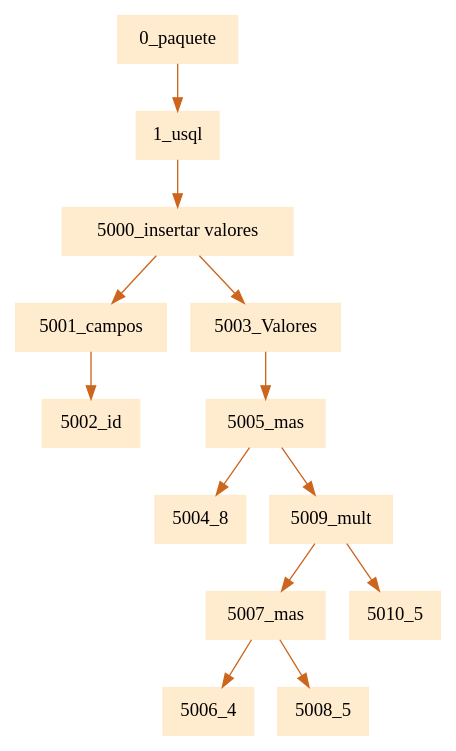
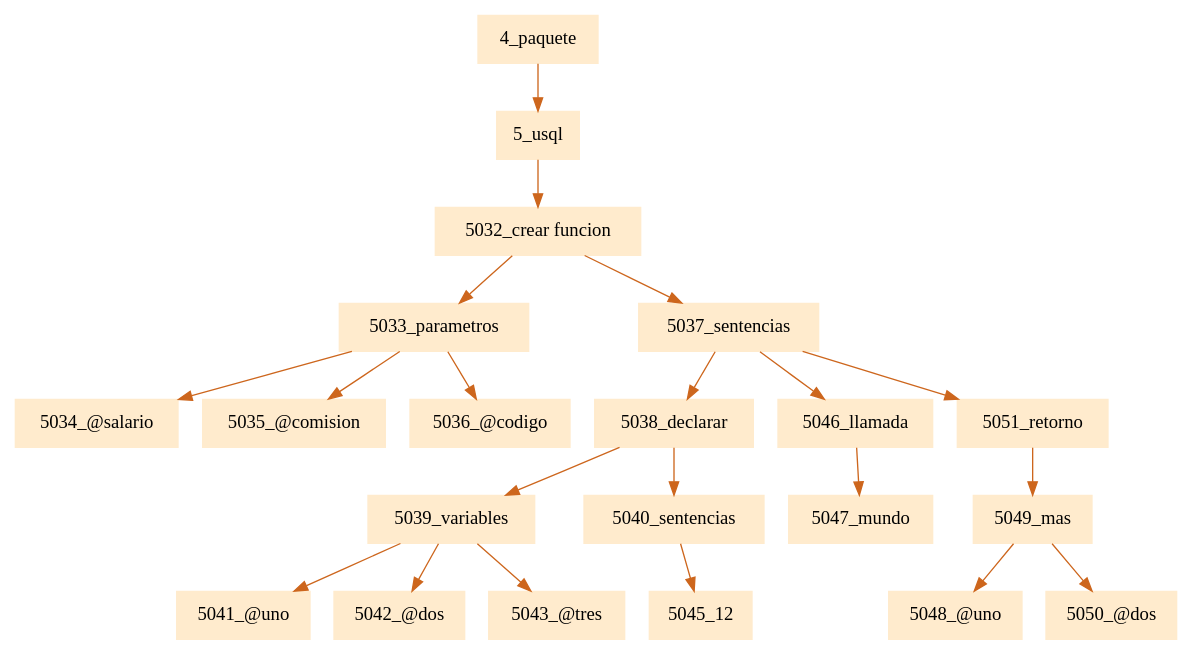
One commit to JamesMelgar/compi2javaccpr1 changed the diagram in pr1Compilarodores2/paquete.dot. Above: the diagram before and after it, drawn with Graphviz. The commit also changed 5 other files, not shown here.

```diff
--- a/pr1Compilarodores2/paquete.dot
+++ b/pr1Compilarodores2/paquete.dot
@@ -1,5 +1,5 @@
 digraph G {node[shape=box, style=filled, color=blanchedalmond]; edge[color=chocolate3];rankdir=UD 
 
-"0_paquete"->"1_usql""1_usql"->"5000_insertar valores""5000_insertar valores"->"5001_campos""5001_campos"->"5002_id""5000_insertar valores"->"5003_Valores""5003_Valores"->"5005_mas""5005_mas"->"5004_8""5005_mas"->"5009_mult""5009_mult"->"5007_mas""5007_mas"->"5006_4""5007_mas"->"5008_5""5009_mult"->"5010_5"
+"4_paquete"->"5_usql""5_usql"->"5032_crear funcion""5032_crear funcion"->"5033_parametros""5033_parametros"->"5034_@salario""5033_parametros"->"5035_@comision""5033_parametros"->"5036_@codigo""5032_crear funcion"->"5037_sentencias""5037_sentencias"->"5038_declarar""5038_declarar"->"5039_variables""5039_variables"->"5041_@uno""5039_variables"->"5042_@dos""5039_variables"->"5043_@tres""5038_declarar"->"5040_sentencias""5040_sentencias"->"5045_12""5037_sentencias"->"5046_llamada""5046_llamada"->"5047_mundo""5037_sentencias"->"5051_retorno""5051_retorno"->"5049_mas""5049_mas"->"5048_@uno""5049_mas"->"5050_@dos"
 
 }
```
